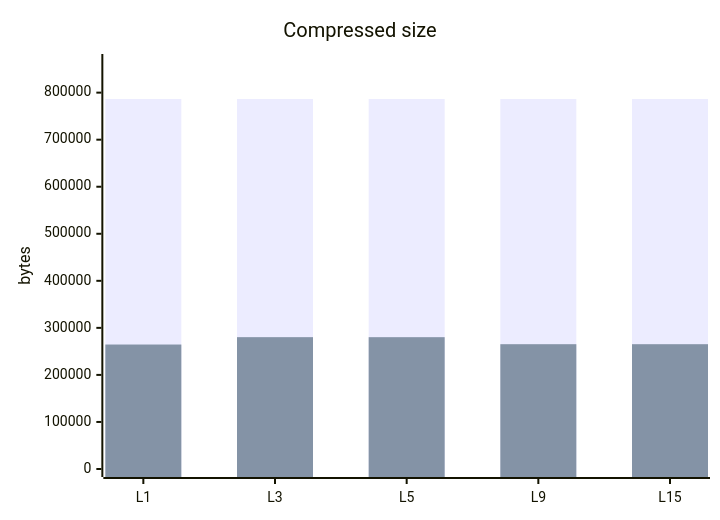
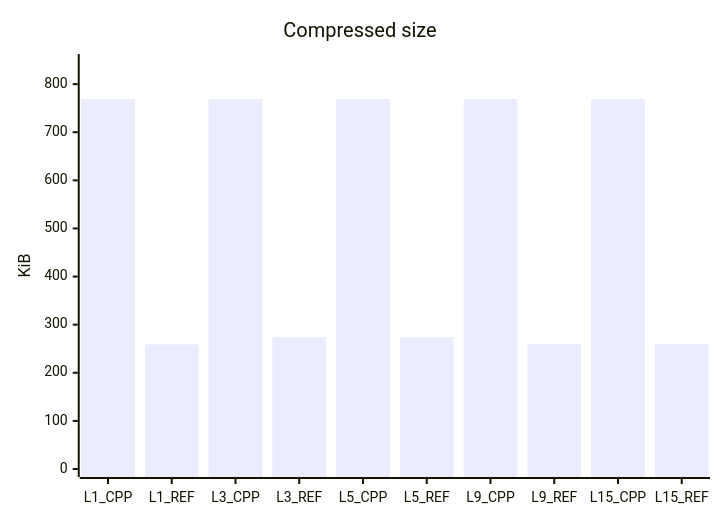
Before and after one commit to mheyman/zstdpp: the first of 7 diagrams in README.md, drawn with Mermaid. The commit also changed other lines of this file and 1 other file, not shown here.

````diff
--- a/README.md
+++ b/README.md
@@ -117,8 +117,7 @@
 ```mermaid
 xychart-beta
     title "Compressed size"
-    x-axis [L1, L3, L5, L9, L15]
-    y-axis "bytes" 0 --> 865118
-    bar [786470, 786470, 786470, 786470, 786470]
-    bar [264580, 280232, 280189, 265275, 265276]
+    x-axis [L1_CPP, L1_REF, L3_CPP, L3_REF, L5_CPP, L5_REF, L9_CPP, L9_REF, L15_CPP, L15_REF]
+    y-axis "KiB" 0 --> 846
+    bar [769, 259, 769, 274, 769, 274, 769, 260, 769, 260]
 ```
````
